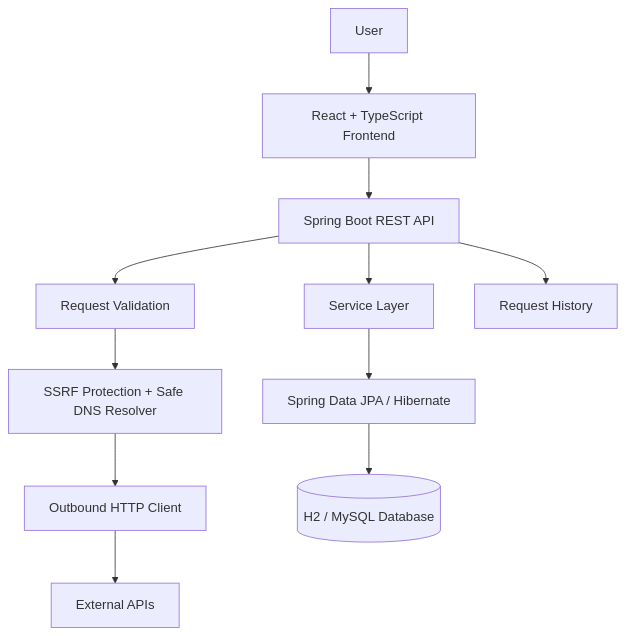
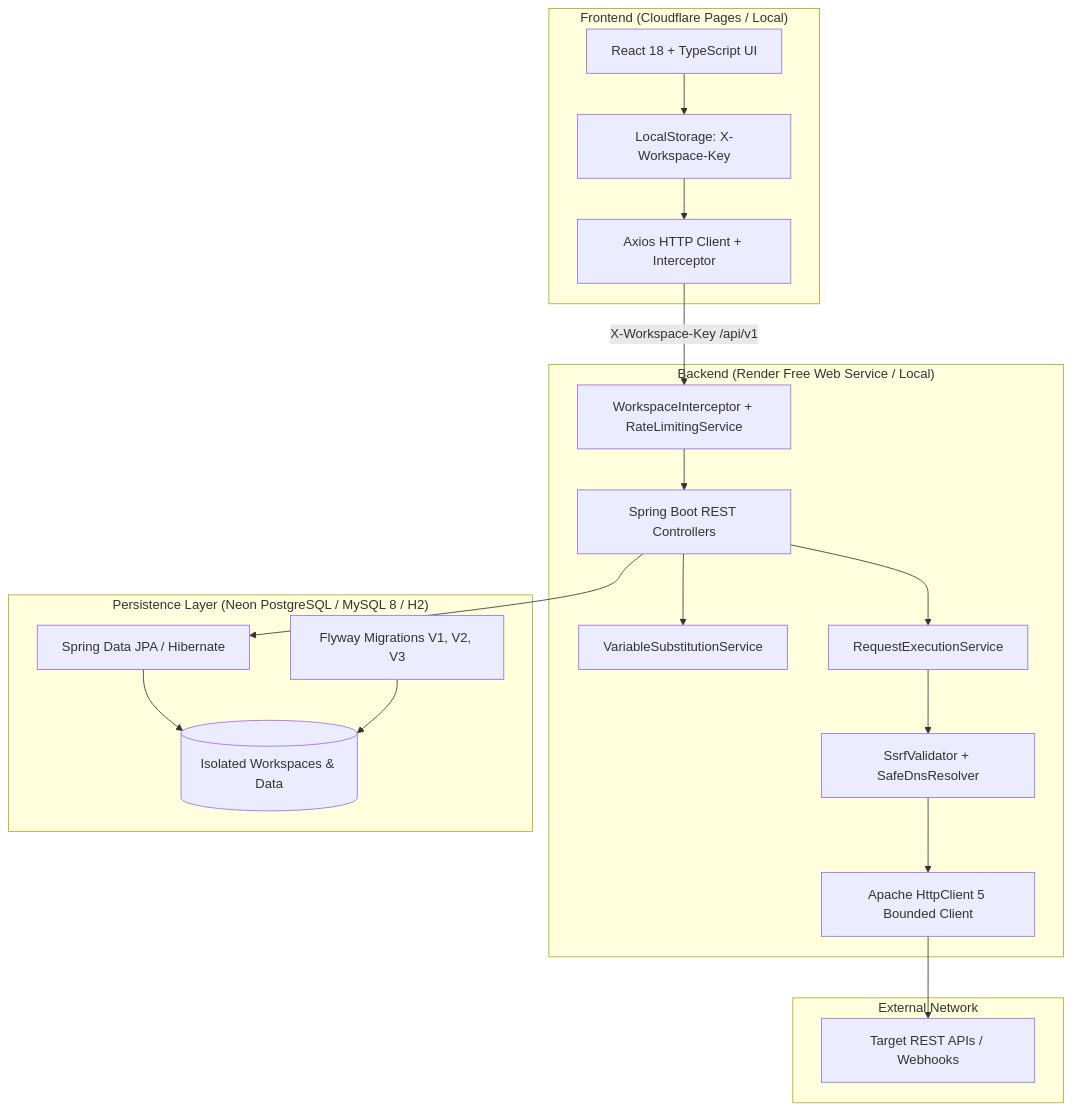
Before and after one commit to mdsaifswe/api-testing-playground: the diagram in README.md, drawn with Mermaid. The commit also changed other lines of this file and 54 other files, not shown here.

````diff
--- a/README.md
+++ b/README.md
@@ -72,13 +9,40 @@
 ```mermaid
 flowchart TD
-    A[User] --> B[React + TypeScript Frontend]
-    B --> C[Spring Boot REST API]
-    C --> D[Request Validation]
-    D --> E[SSRF Protection + Safe DNS Resolver]
-    E --> F[Outbound HTTP Client]
-    F --> G[External APIs]
-    C --> H[Service Layer]
-    H --> I[Spring Data JPA / Hibernate]
-    I --> J[(H2 / MySQL Database)]
-    C --> K[Request History]
+    subgraph Client["Frontend (Cloudflare Pages / Local)"]
+        UI[React 18 + TypeScript UI]
+        Storage[LocalStorage: X-Workspace-Key]
+        Axios[Axios HTTP Client + Interceptor]
+        UI --> Storage
+        Storage --> Axios
+    end
+
+    subgraph Backend["Backend (Render Free Web Service / Local)"]
+        Filter[WorkspaceInterceptor + RateLimitingService]
+        Controller[Spring Boot REST Controllers]
+        Subst[VariableSubstitutionService]
+        Exec[RequestExecutionService]
+        SSRF[SsrfValidator + SafeDnsResolver]
+        HttpClient[Apache HttpClient 5 Bounded Client]
+
+        Axios -->|X-Workspace-Key /api/v1| Filter
+        Filter --> Controller
+        Controller --> Subst
+        Controller --> Exec
+        Exec --> SSRF
+        SSRF --> HttpClient
+    end
+
+    subgraph External["External Network"]
+        TargetAPI[Target REST APIs / Webhooks]
+        HttpClient --> TargetAPI
+    end
+
+    subgraph Database["Persistence Layer (Neon PostgreSQL / MySQL 8 / H2)"]
+        JPA[Spring Data JPA / Hibernate]
+        Flyway[Flyway Migrations V1, V2, V3]
+        DB[(Isolated Workspaces & Data)]
+        Controller --> JPA
+        JPA --> DB
+        Flyway --> DB
+    end
 ```
````
